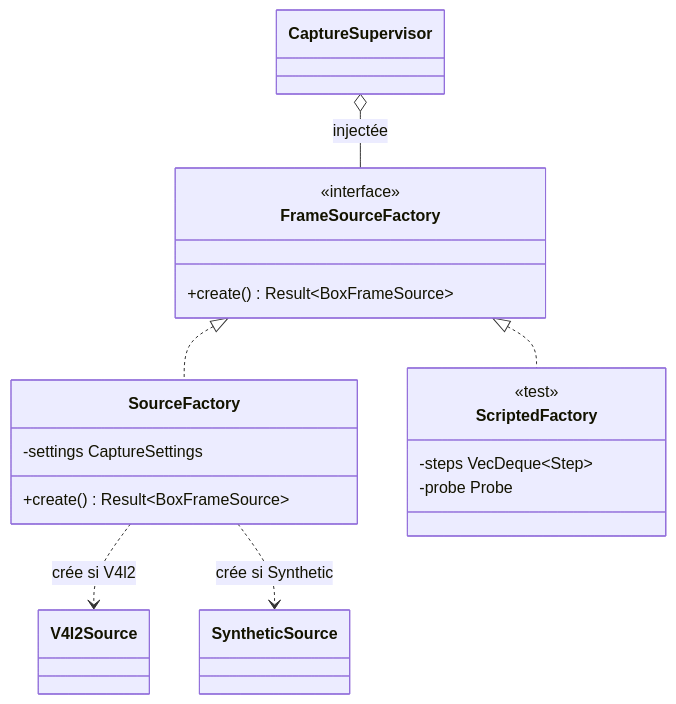
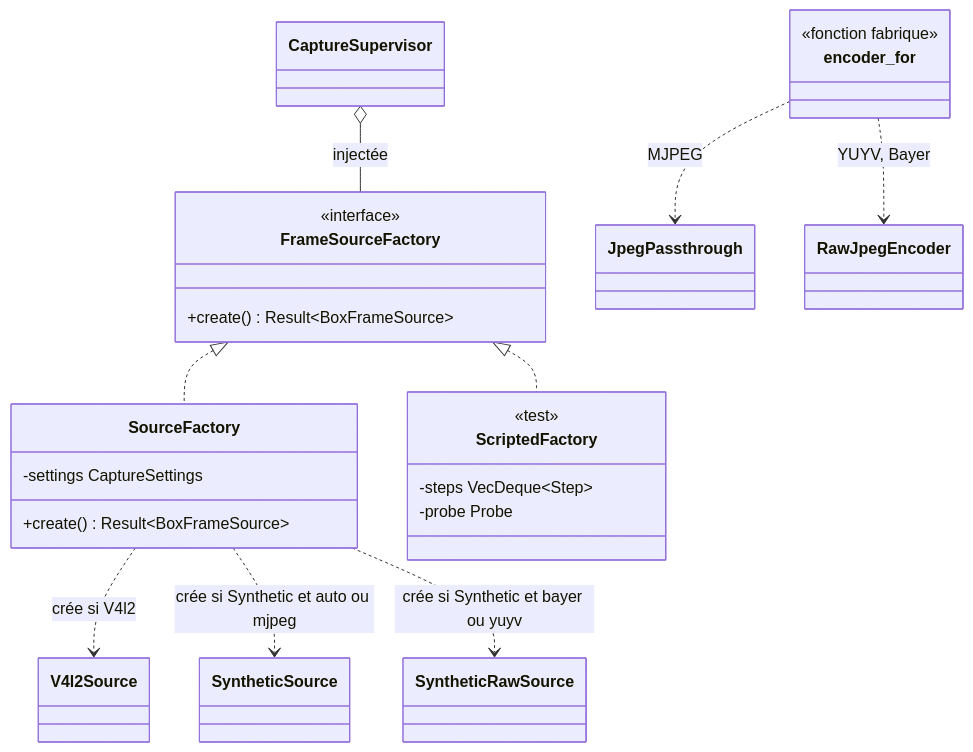
One commit to jprecigout/camstream changed the sixth of 13 diagrams in docs/design-patterns.md. Above: the diagram before and after it, drawn with Mermaid. The commit also changed other lines of this file and 37 other files, not shown here.

First line of the commit message:
feat(capture): prendre en charge les webcams YUYV et Bayer 8 bits

````diff
--- a/docs/design-patterns.md
+++ b/docs/design-patterns.md
@@ -171,22 +255,28 @@
 ```mermaid
 classDiagram
     class FrameSourceFactory {
         <<interface>>
         +create() Result~BoxFrameSource~
     }
     class SourceFactory {
         -settings CaptureSettings
         +create() Result~BoxFrameSource~
     }
     class ScriptedFactory {
         <<test>>
         -steps VecDeque~Step~
         -probe Probe
     }
     class CaptureSupervisor
     FrameSourceFactory <|.. SourceFactory
     FrameSourceFactory <|.. ScriptedFactory
     CaptureSupervisor o-- FrameSourceFactory : injectée
     SourceFactory ..> V4l2Source : crée si V4l2
-    SourceFactory ..> SyntheticSource : crée si Synthetic
+    SourceFactory ..> SyntheticSource : crée si Synthetic et auto ou mjpeg
+    SourceFactory ..> SyntheticRawSource : crée si Synthetic et bayer ou yuyv
+    class encoder_for {
+        <<fonction fabrique>>
+    }
+    encoder_for ..> JpegPassthrough : MJPEG
+    encoder_for ..> RawJpegEncoder : YUYV, Bayer
 ```
````
